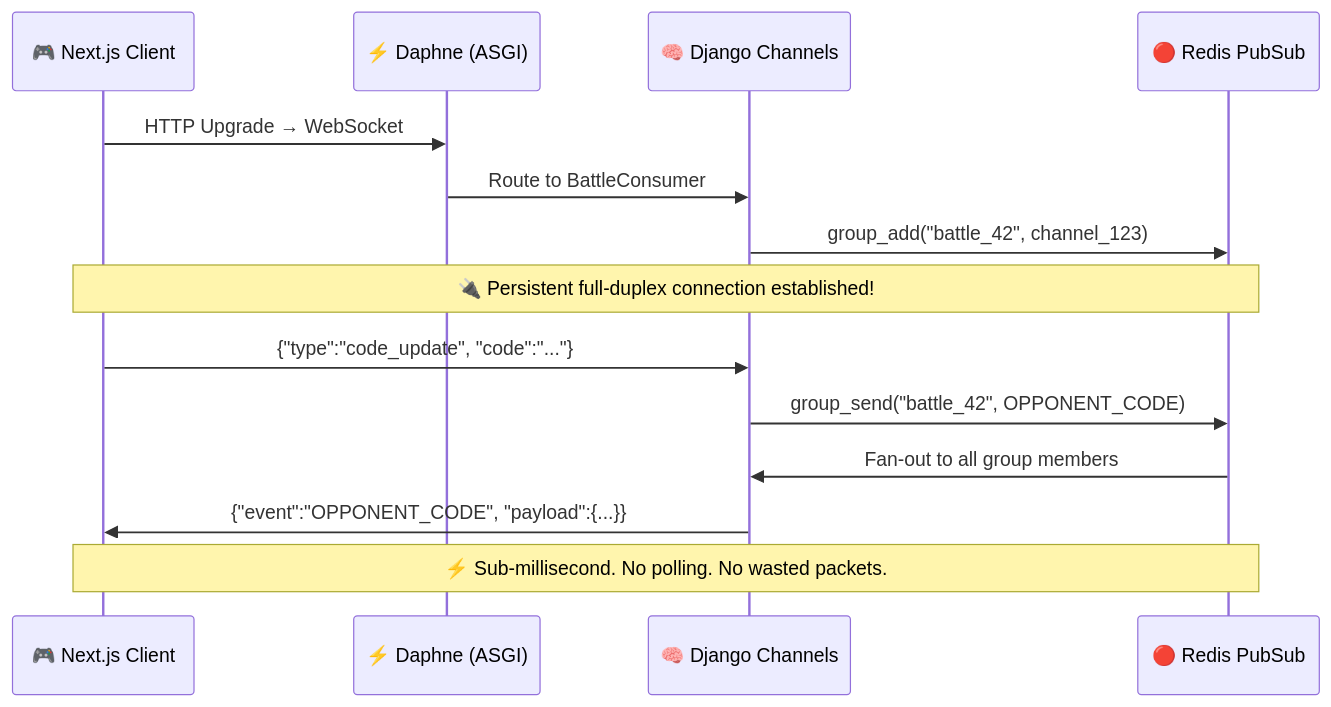
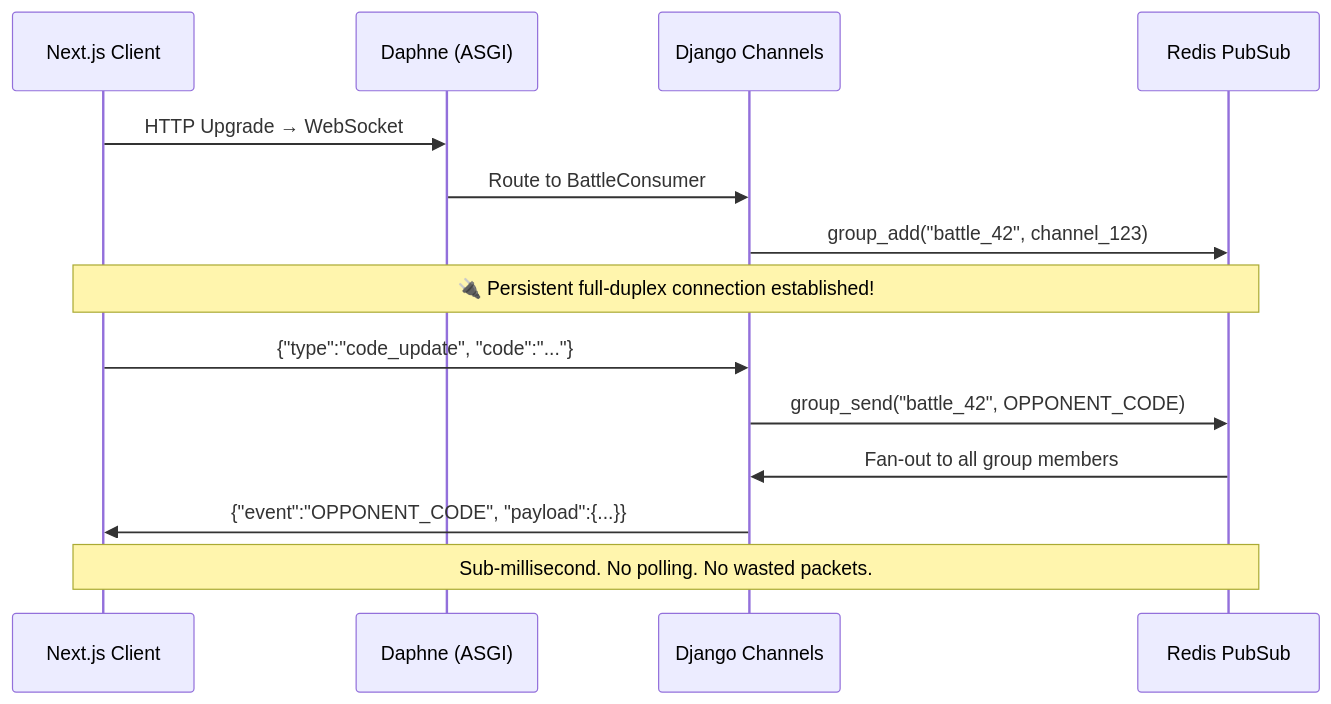
Before and after one commit to big-o-ff/arena: the first of 6 diagrams in sysDesign.md, drawn with Mermaid. The commit also changed other lines of this file, not shown here.

````diff
--- a/sysDesign.md
+++ b/sysDesign.md
@@ -54,19 +42,19 @@
 ```mermaid
 sequenceDiagram
-    participant Client as 🎮 Next.js Client
-    participant Daphne as ⚡ Daphne (ASGI)
-    participant Django as 🧠 Django Channels
-    participant Redis as 🔴 Redis PubSub
+    participant Client as Next.js Client
+    participant Daphne as Daphne (ASGI)
+    participant Django as Django Channels
+    participant Redis as Redis PubSub
 
     Client->>Daphne: HTTP Upgrade → WebSocket
     Daphne->>Django: Route to BattleConsumer
     Django->>Redis: group_add("battle_42", channel_123)
     Note over Client,Redis: 🔌 Persistent full-duplex connection established!
 
     Client->>Django: {"type":"code_update", "code":"..."}
     Django->>Redis: group_send("battle_42", OPPONENT_CODE)
     Redis->>Django: Fan-out to all group members
     Django->>Client: {"event":"OPPONENT_CODE", "payload":{...}}
 
-    Note over Client,Redis: ⚡ Sub-millisecond. No polling. No wasted packets.
+    Note over Client,Redis: Sub-millisecond. No polling. No wasted packets.
 ```
````
